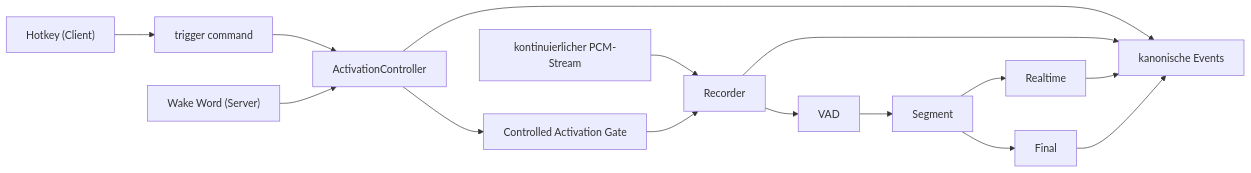
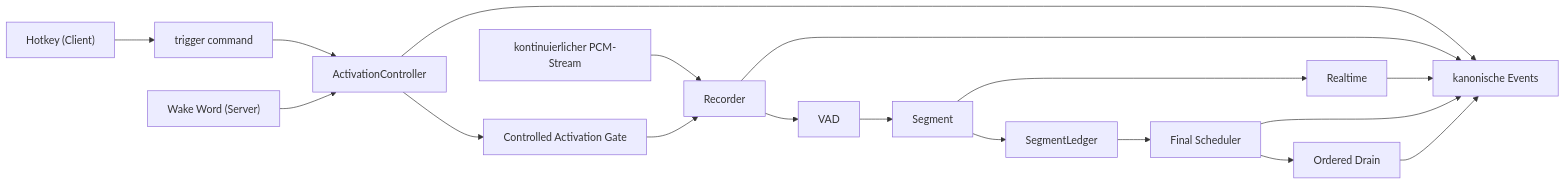
One commit to marcosudau-vps/voice-stt-server changed the first of 4 diagrams in docs/einheitliche-triggerarchitektur.md. Above: the diagram before and after it, drawn with Mermaid. The commit also changed other lines of this file and 18 other files, not shown here.

Commit message:
feat(trigger): implement AP-SRV-020 segment ledger

````diff
--- a/docs/einheitliche-triggerarchitektur.md
+++ b/docs/einheitliche-triggerarchitektur.md
@@ -62,20 +61,23 @@
 ```mermaid
 flowchart LR
     HK["Hotkey (Client)"] --> TC["trigger command"]
     TC --> AC["ActivationController"]
     WW["Wake Word (Server)"] --> AC
 
     PCM["kontinuierlicher PCM-Stream"] --> REC["Recorder"]
     AC --> GATE["Controlled Activation Gate"]
     GATE --> REC
 
     REC --> VAD["VAD"]
     VAD --> SEG["Segment"]
     SEG --> RT["Realtime"]
-    SEG --> FINAL["Final"]
+    SEG --> LEDGER["SegmentLedger"]
+    LEDGER --> FINAL["Final Scheduler"]
+    FINAL --> DRAIN["Ordered Drain"]
 
     AC --> EVT["kanonische Events"]
     REC --> EVT
     RT --> EVT
     FINAL --> EVT
+    DRAIN --> EVT
 ```
````
